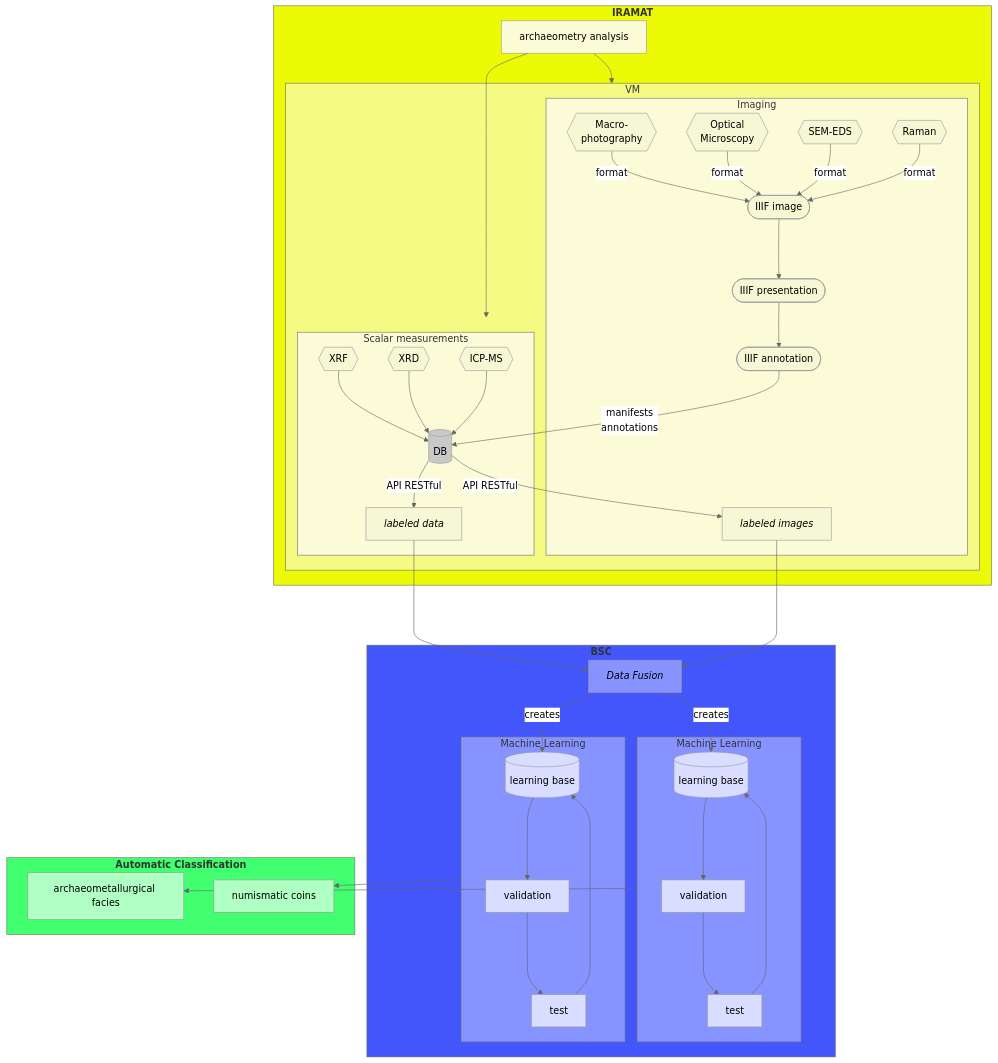
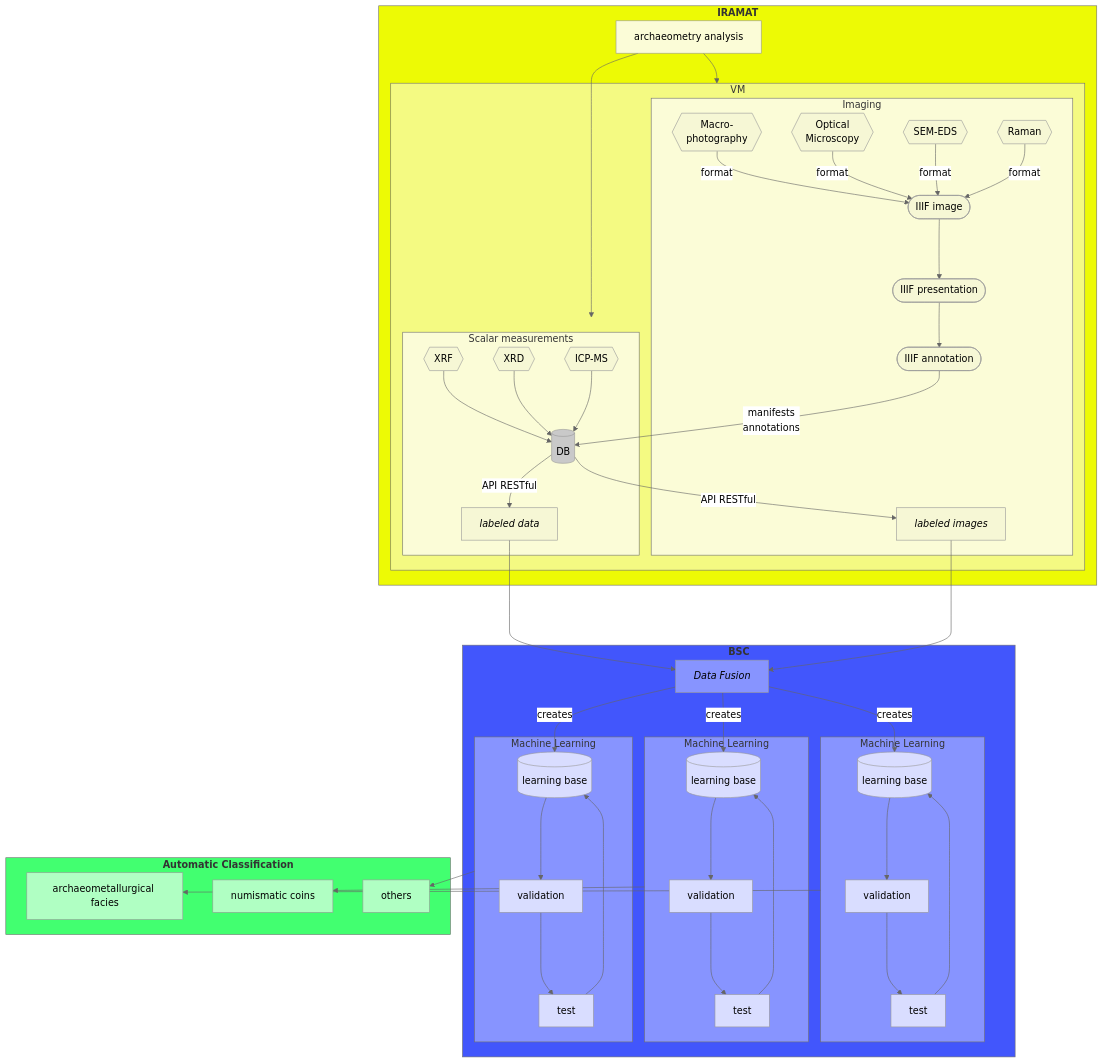
Before and after one commit to iramat/iramat-dev: the diagram in talks/2026-bsc/README.md, drawn with Mermaid (neutral theme).

Commit message:
2 lanes ML+

```diff
--- a/talks/2026-bsc/README.md
+++ b/talks/2026-bsc/README.md
@@ -45,13 +45,21 @@
       MLvalid2 ---> MLtest2[test]
       MLtest2 --> MLlearn2
     end
+    PyExtract -- creates --> MLlearn3[(learning base)]
+    subgraph ML3[Machine Learning]
+      MLlearn3 ---> MLvalid3[validation]
+      MLvalid3 ---> MLtest3[test]
+      MLtest3 --> MLlearn3
+    end
   end
     subgraph out[<b>Automatic Classification</b>]
       ResMet[archaeometallurgical facies]
       ResNum[numismatic coins]
+      ResVaria[others]
     end
   ML1 ---> ResMet
   ML2 ---> ResNum
+  ML3 ---> ResVaria
 
 style BD fill:#cccccc
 
@@ -84,10 +92,15 @@
 style MLlearn2 fill:#d9ddff
 style MLvalid2 fill:#d9ddff
 style MLtest2 fill:#d9ddff
+style ML3 fill:#8794ff
+style MLlearn3 fill:#d9ddff
+style MLvalid3 fill:#d9ddff
+style MLtest3 fill:#d9ddff
 
 style out fill:#42ff70
 style ResMet fill:#b0ffc3
 style ResNum fill:#b0ffc3
+style ResVaria fill:#b0ffc3
 
 click BD "https://github.com/iramat/iramat-dev/main/talks/2026-bsc/README.md#db"
 click VM "https://github.com/iramat/iramat-dev/main/talks/2026-bsc/README.md#vm"
```
